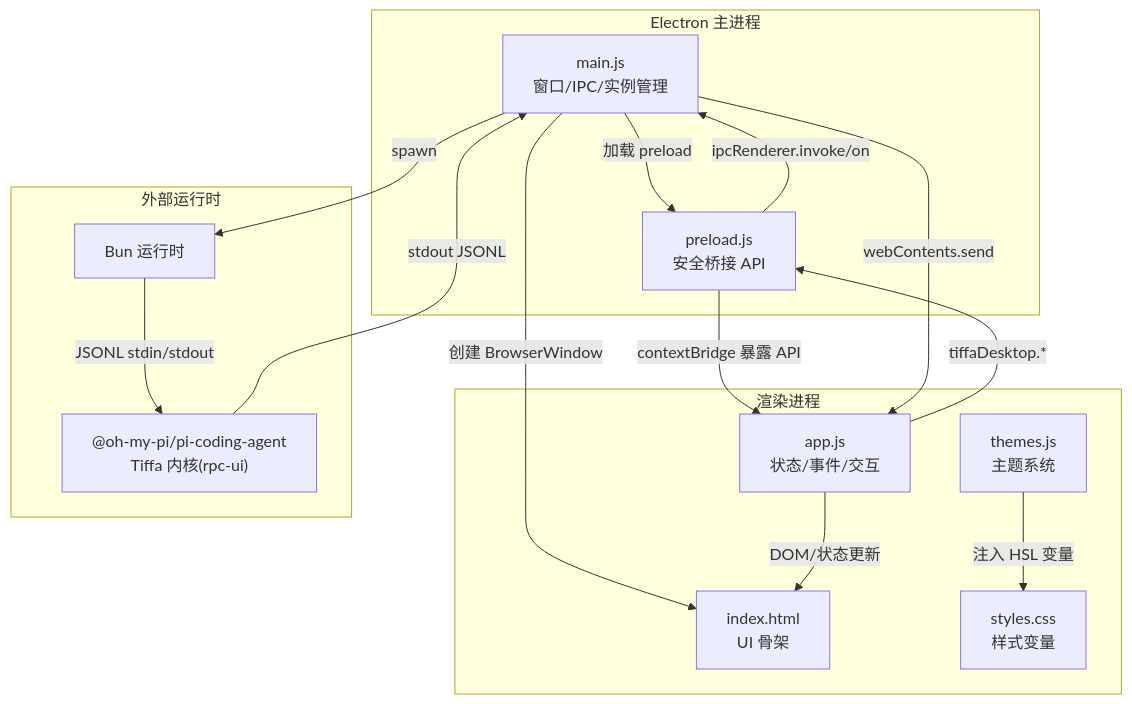
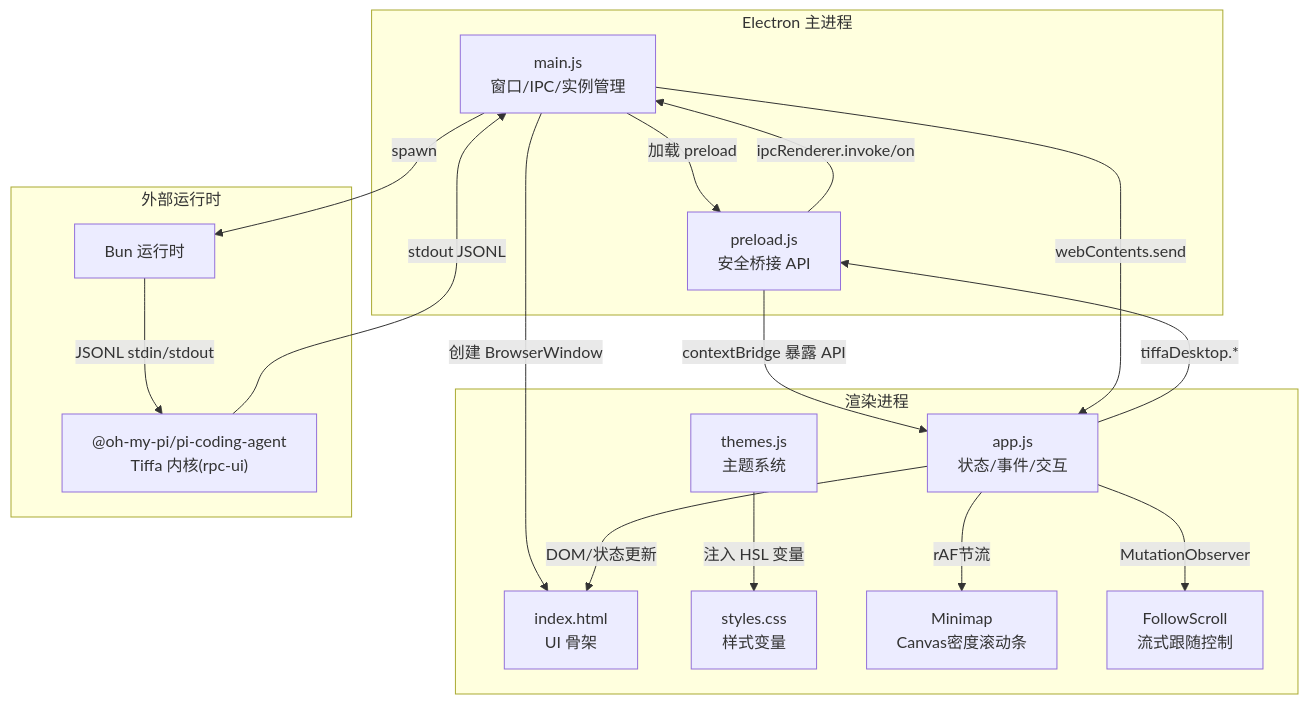
The first of 6 diagrams in .qoder/repowiki/zh/content/用户界面/前端架构概览.md (swond-Mao/Tiffa), drawn with Mermaid before and after one commit. The commit also changed other lines of this file and 25 other files, not shown here.

````diff
--- a/.qoder/repowiki/zh/content/用户界面/前端架构概览.md
+++ b/.qoder/repowiki/zh/content/用户界面/前端架构概览.md
@@ -38,28 +47,32 @@
 ```mermaid
 graph TB
 subgraph "Electron 主进程"
 MAIN["main.js<br/>窗口/IPC/实例管理"]
 PRELOAD["preload.js<br/>安全桥接 API"]
 end
 subgraph "渲染进程"
 HTML["index.html<br/>UI 骨架"]
 APP["app.js<br/>状态/事件/交互"]
 THEME["themes.js<br/>主题系统"]
 CSS["styles.css<br/>样式变量"]
+MINIMAP["Minimap<br/>Canvas密度滚动条"]
+FOLLOW["FollowScroll<br/>流式跟随控制"]
 end
 subgraph "外部运行时"
 BUN["Bun 运行时"]
 CORE["@oh-my-pi/pi-coding-agent<br/>Tiffa 内核(rpc-ui)"]
 end
 MAIN --> |创建 BrowserWindow| HTML
 MAIN --> |加载 preload| PRELOAD
 PRELOAD --> |contextBridge 暴露 API| APP
 APP --> |tiffaDesktop.*| PRELOAD
 PRELOAD --> |ipcRenderer.invoke/on| MAIN
 MAIN --> |spawn| BUN
 BUN --> |JSONL stdin/stdout| CORE
 CORE --> |stdout JSONL| MAIN
 MAIN --> |webContents.send| APP
 APP --> |DOM/状态更新| HTML
+APP --> |rAF节流| MINIMAP
+APP --> |MutationObserver| FOLLOW
 THEME --> |注入 HSL 变量| CSS
 ```
````
